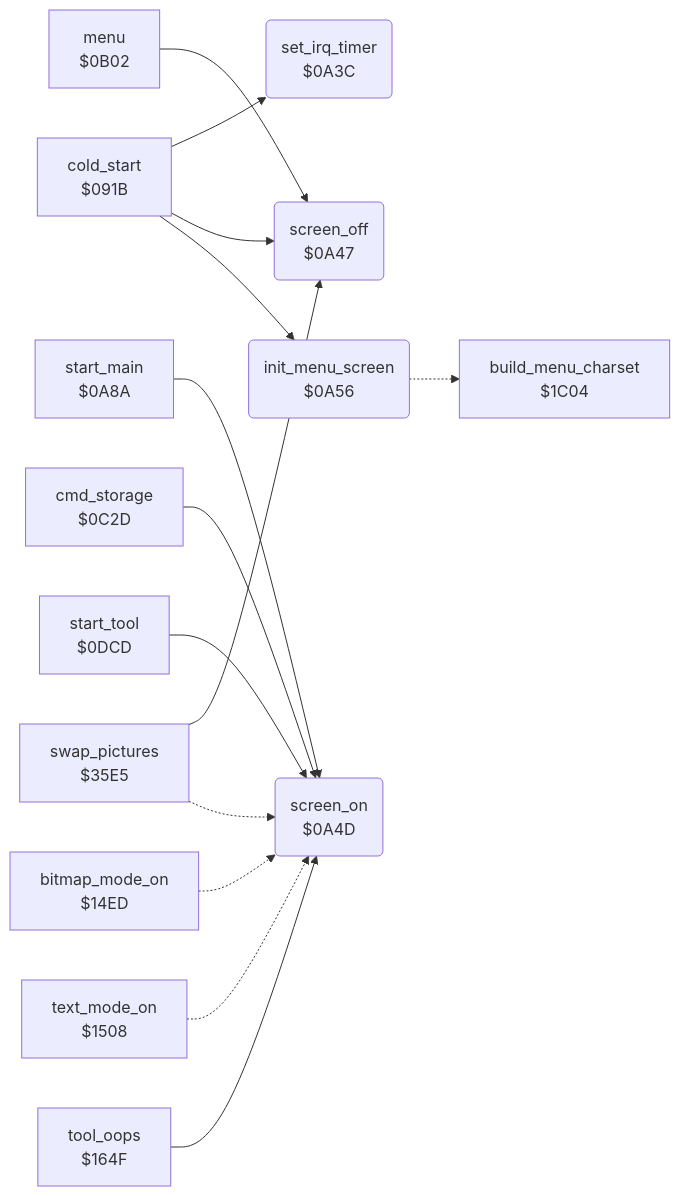
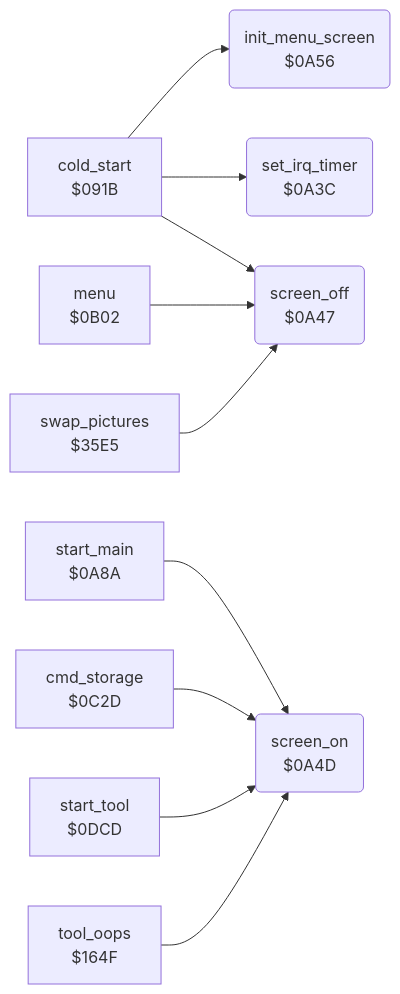
The diagram in koala_painter/v1/docs/reference/modules/init/screen.md (henols/c64_games), drawn with Mermaid before and after one commit. The commit also changed other lines of this file and 1100 other files, not shown here.

````diff
--- a/koala_painter/v1/docs/reference/modules/init/screen.md
+++ b/koala_painter/v1/docs/reference/modules/init/screen.md
@@ -10,30 +19,23 @@
 ```mermaid
 flowchart LR
   n091b["cold_start<br/>$091B"]
   n0a3c("set_irq_timer<br/>$0A3C")
   n0a47("screen_off<br/>$0A47")
   n0a4d("screen_on<br/>$0A4D")
   n0a56("init_menu_screen<br/>$0A56")
   n0a8a["start_main<br/>$0A8A"]
   n0b02["menu<br/>$0B02"]
   n0c2d["cmd_storage<br/>$0C2D"]
   n0dcd["start_tool<br/>$0DCD"]
-  n14ed["bitmap_mode_on<br/>$14ED"]
-  n1508["text_mode_on<br/>$1508"]
   n164f["tool_oops<br/>$164F"]
-  n1c04["build_menu_charset<br/>$1C04"]
   n35e5["swap_pictures<br/>$35E5"]
   n091b --> n0a3c
   n091b --> n0a47
   n091b --> n0a56
-  n0a56 -.-> n1c04
   n0a8a --> n0a4d
   n0b02 --> n0a47
   n0c2d --> n0a4d
   n0dcd --> n0a4d
-  n14ed -.-> n0a4d
-  n1508 -.-> n0a4d
   n164f --> n0a4d
   n35e5 --> n0a47
-  n35e5 -.-> n0a4d
 ```
````
